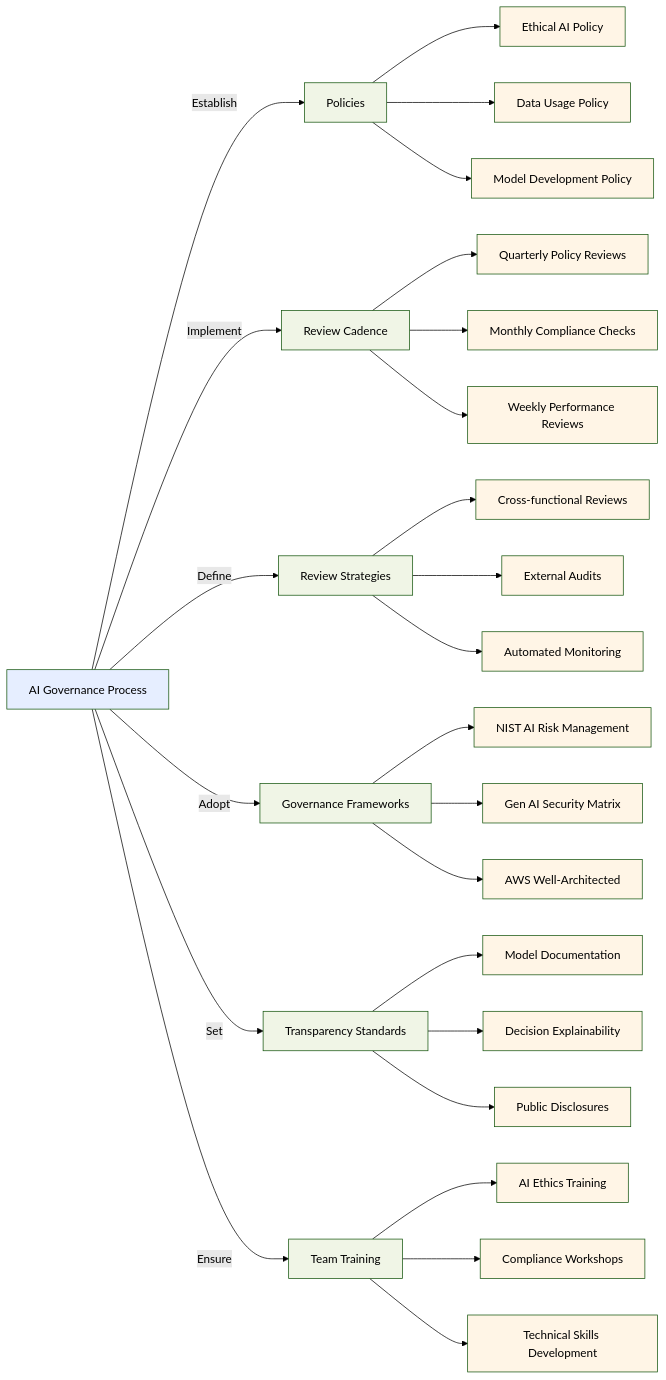
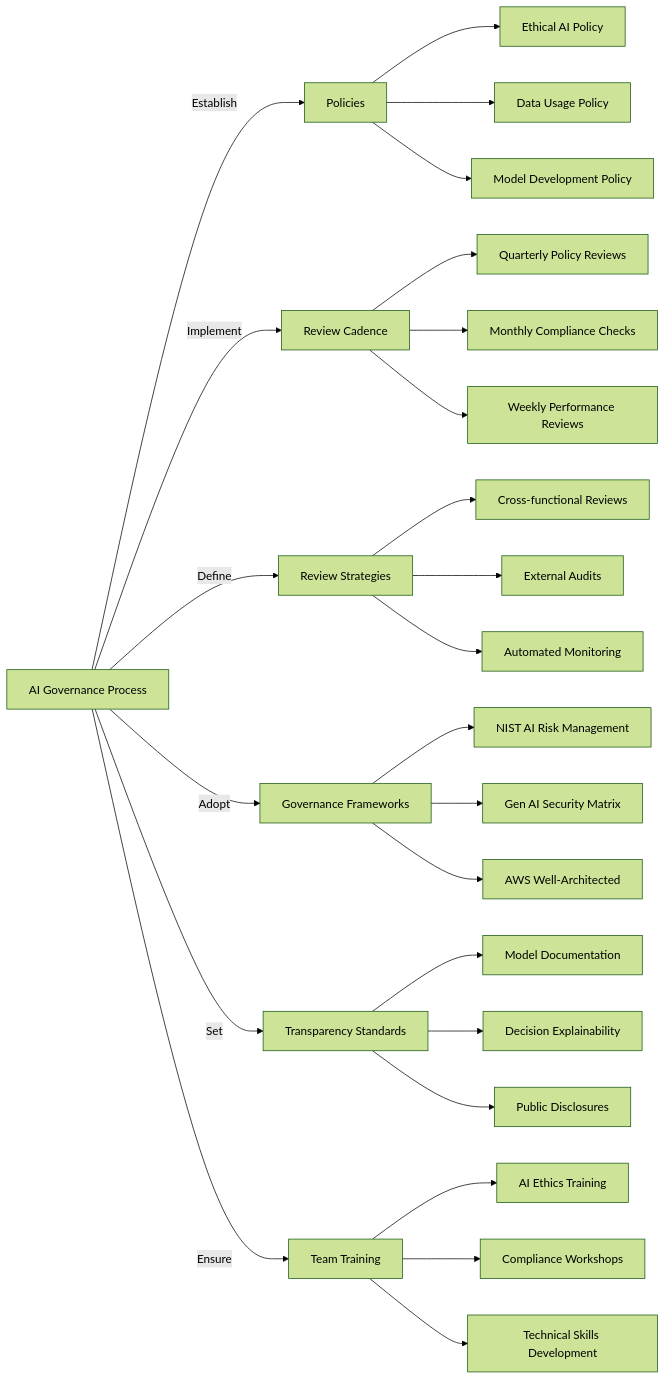
One commit to CloudCityPress/aws-aif-c01 changed the second of 2 diagrams in english/50_20_Governance_and_compliance_regulations_for_AI_systems.md. Above: the diagram before and after it, drawn with Mermaid (forest theme). The commit also changed other lines of this file and 16 other files, not shown here.

Commit message:
updating Mermaids

````diff
--- a/english/50_20_Governance_and_compliance_regulations_for_AI_systems.md
+++ b/english/50_20_Governance_and_compliance_regulations_for_AI_systems.md
@@ -268,52 +257,27 @@
 ```mermaid
 flowchart LR
     A[AI Governance Process] -->|Establish| B[Policies]
     A -->|Implement| C[Review Cadence]
     A -->|Define| D[Review Strategies]
     A -->|Adopt| E[Governance Frameworks]
     A -->|Set| F[Transparency Standards]
     A -->|Ensure| G[Team Training]
     B --> H[Ethical AI Policy]
     B --> I[Data Usage Policy]
     B --> J[Model Development Policy]
     C --> K[Quarterly Policy Reviews]
     C --> L[Monthly Compliance Checks]
     C --> M[Weekly Performance Reviews]
     D --> N[Cross-functional Reviews]
     D --> O[External Audits]
     D --> P[Automated Monitoring]
     E --> Q[NIST AI Risk Management]
     E --> R[Gen AI Security Matrix]
     E --> S[AWS Well-Architected]
     F --> T[Model Documentation]
     F --> U[Decision Explainability]
     F --> V[Public Disclosures]
     G --> W[AI Ethics Training]
     G --> X[Compliance Workshops]
     G --> Y[Technical Skills Development]
-    style A fill:#e6eeff
-    style B fill:#f0f5e6
-    style C fill:#f0f5e6
-    style D fill:#f0f5e6
-    style E fill:#f0f5e6
-    style F fill:#f0f5e6
-    style G fill:#f0f5e6
-    style H fill:#fff5e6
-    style I fill:#fff5e6
-    style J fill:#fff5e6
-    style K fill:#fff5e6
-    style L fill:#fff5e6
-    style M fill:#fff5e6
-    style N fill:#fff5e6
-    style O fill:#fff5e6
-    style P fill:#fff5e6
-    style Q fill:#fff5e6
-    style R fill:#fff5e6
-    style S fill:#fff5e6
-    style T fill:#fff5e6
-    style U fill:#fff5e6
-    style V fill:#fff5e6
-    style W fill:#fff5e6
-    style X fill:#fff5e6
-    style Y fill:#fff5e6
 ```
````
